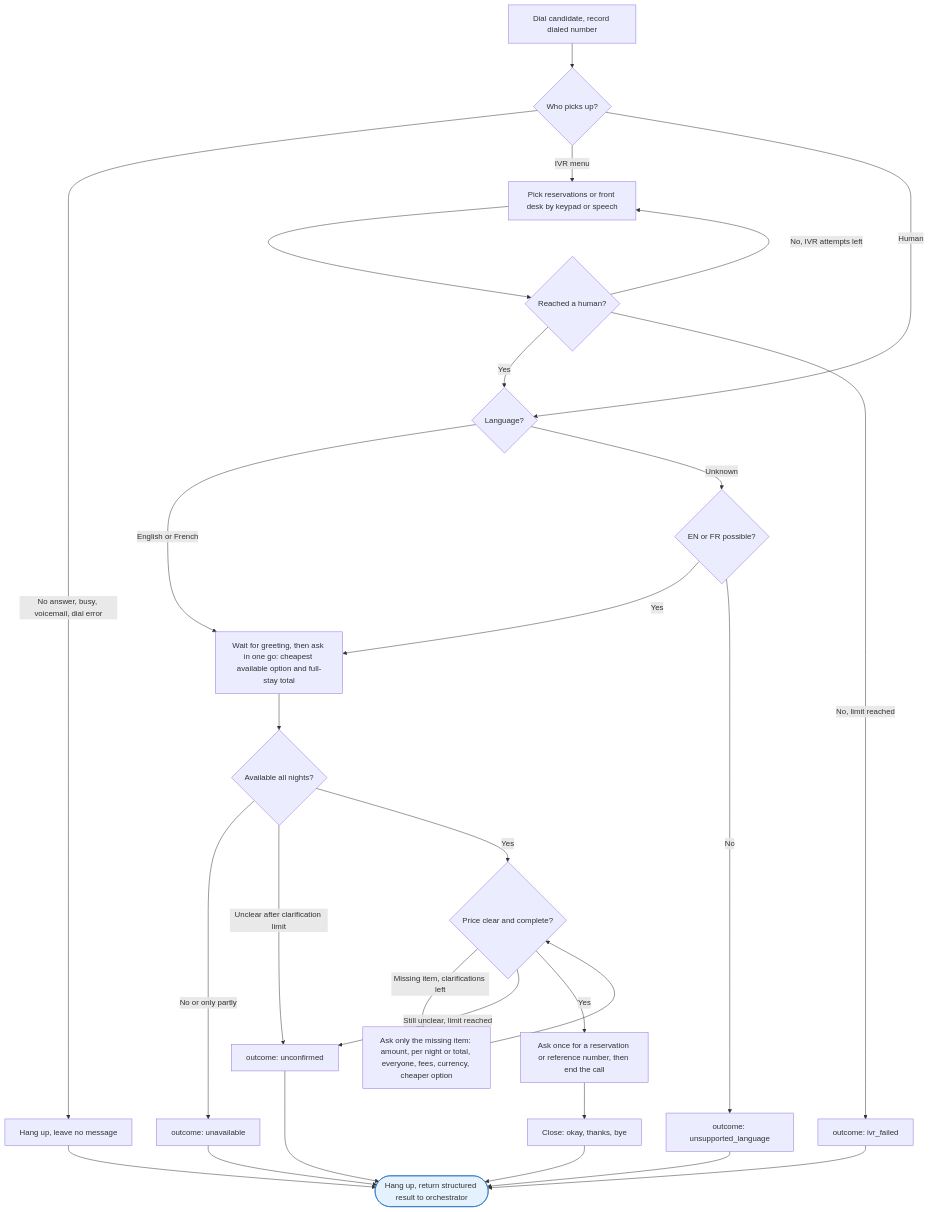
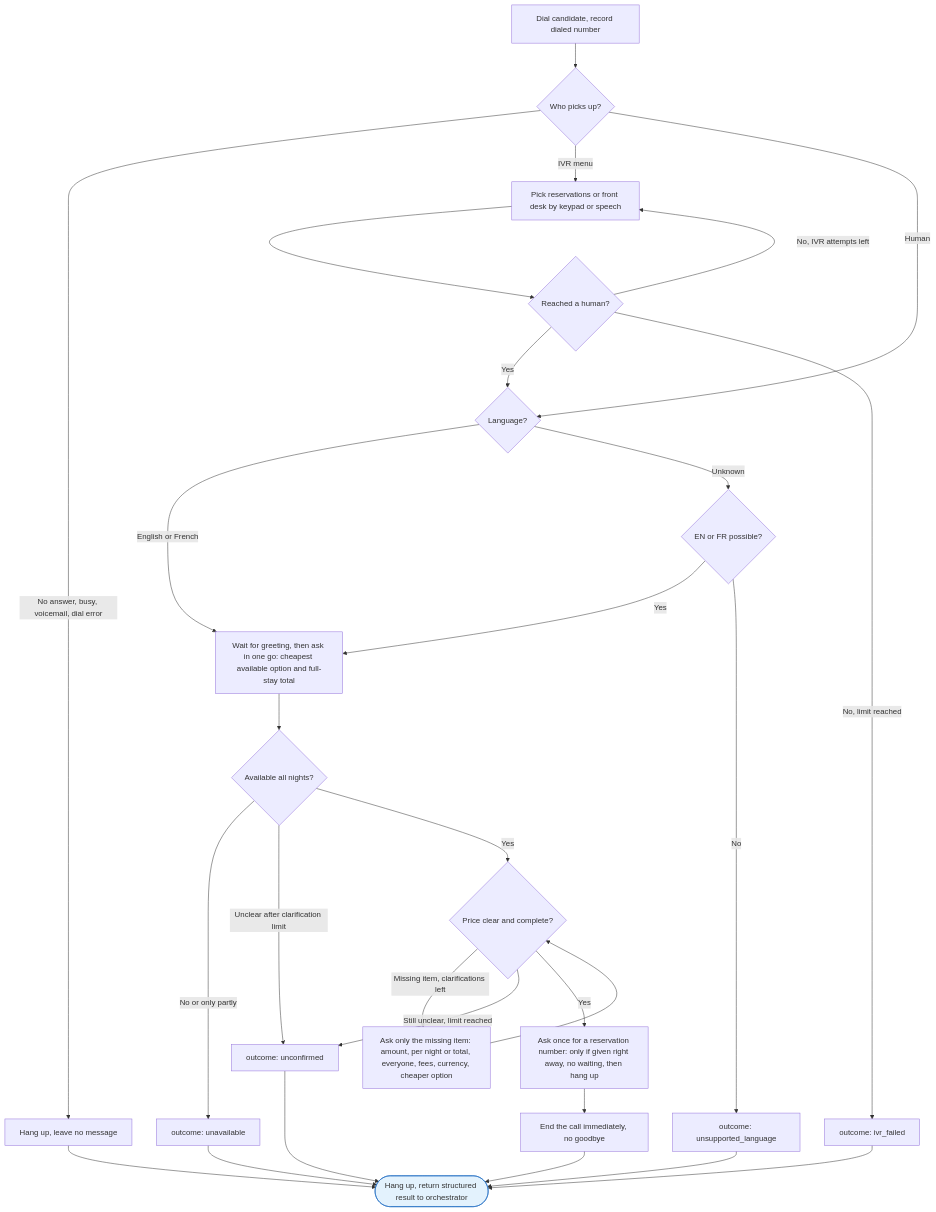
Before and after one commit to iratansh/Team-SprintMasters: the second of 2 diagrams in call-flow.md, drawn with Mermaid. The commit also changed other lines of this file and 1 other file, not shown here.

First line of the commit message:
Call agent v0.7.1: time-box the reservation # ask, hang up with no goodbye

````diff
--- a/call-flow.md
+++ b/call-flow.md
@@ -105,31 +105,31 @@
 ```mermaid
 flowchart TD
     Dial["Dial candidate, record dialed number"] --> Who{"Who picks up?"}
     Who -->|"No answer, busy, voicemail, dial error"| Fail1["Hang up, leave no message"]
     Who -->|"IVR menu"| IVR["Pick reservations or front desk by keypad or speech"]
     IVR --> IVRok{"Reached a human?"}
     IVRok -->|"Yes"| Lang
     IVRok -->|"No, IVR attempts left"| IVR
     IVRok -->|"No, limit reached"| Fail2["outcome: ivr_failed"]
     Who -->|"Human"| Lang{"Language?"}
     Lang -->|"English or French"| Open["Wait for greeting, then ask in one go: cheapest available option and full-stay total"]
     Lang -->|"Unknown"| LangQ{"EN or FR possible?"}
     LangQ -->|"Yes"| Open
     LangQ -->|"No"| Fail3["outcome: unsupported_language"]
     Open --> Avail{"Available all nights?"}
     Avail -->|"No or only partly"| Fail4["outcome: unavailable"]
     Avail -->|"Unclear after clarification limit"| Fail5["outcome: unconfirmed"]
     Avail -->|"Yes"| Gap{"Price clear and complete?"}
     Gap -->|"Missing item, clarifications left"| AskGap["Ask only the missing item: amount, per night or total, everyone, fees, currency, cheaper option"]
     AskGap --> Gap
     Gap -->|"Still unclear, limit reached"| Fail5
-    Gap -->|"Yes"| Ref["Ask once for a reservation or reference number, then end the call"]
-    Ref --> Close["Close: okay, thanks, bye"]
+    Gap -->|"Yes"| Ref["Ask once for a reservation number: only if given right away, no waiting, then hang up"]
+    Ref --> Close["End the call immediately, no goodbye"]
     Close --> Ret(["Hang up, return structured result to orchestrator"])
     Fail1 --> Ret
     Fail2 --> Ret
     Fail3 --> Ret
     Fail4 --> Ret
     Fail5 --> Ret
     style Ret fill:#e3f2fd,stroke:#1565c0
 ```
````
